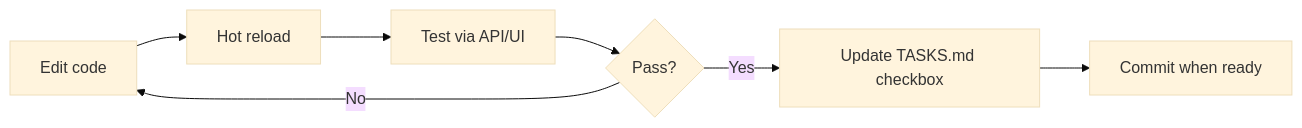
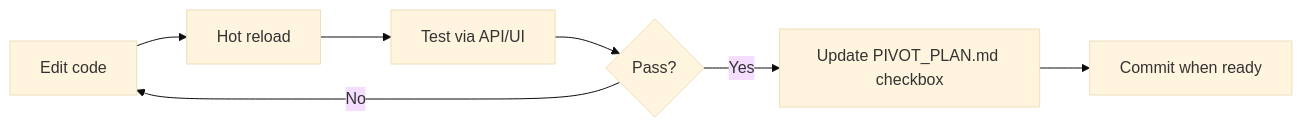
One commit to hrvojevincek/Event-driven-dataset-intelligence-platform changed the diagram in docs/LOCAL_DEV.md. Above: the diagram before and after it, drawn with Mermaid (base theme). The commit also changed other lines of this file and 16 other files, not shown here.

````diff
--- a/docs/LOCAL_DEV.md
+++ b/docs/LOCAL_DEV.md
@@ -331,9 +331,9 @@
 ```mermaid
 flowchart LR
     A[Edit code] --> B[Hot reload]
     B --> C[Test via API/UI]
     C --> D{Pass?}
     D -->|No| A
-    D -->|Yes| E[Update TASKS.md checkbox]
+    D -->|Yes| E[Update PIVOT_PLAN.md checkbox]
     E --> F[Commit when ready]
 ```
````
